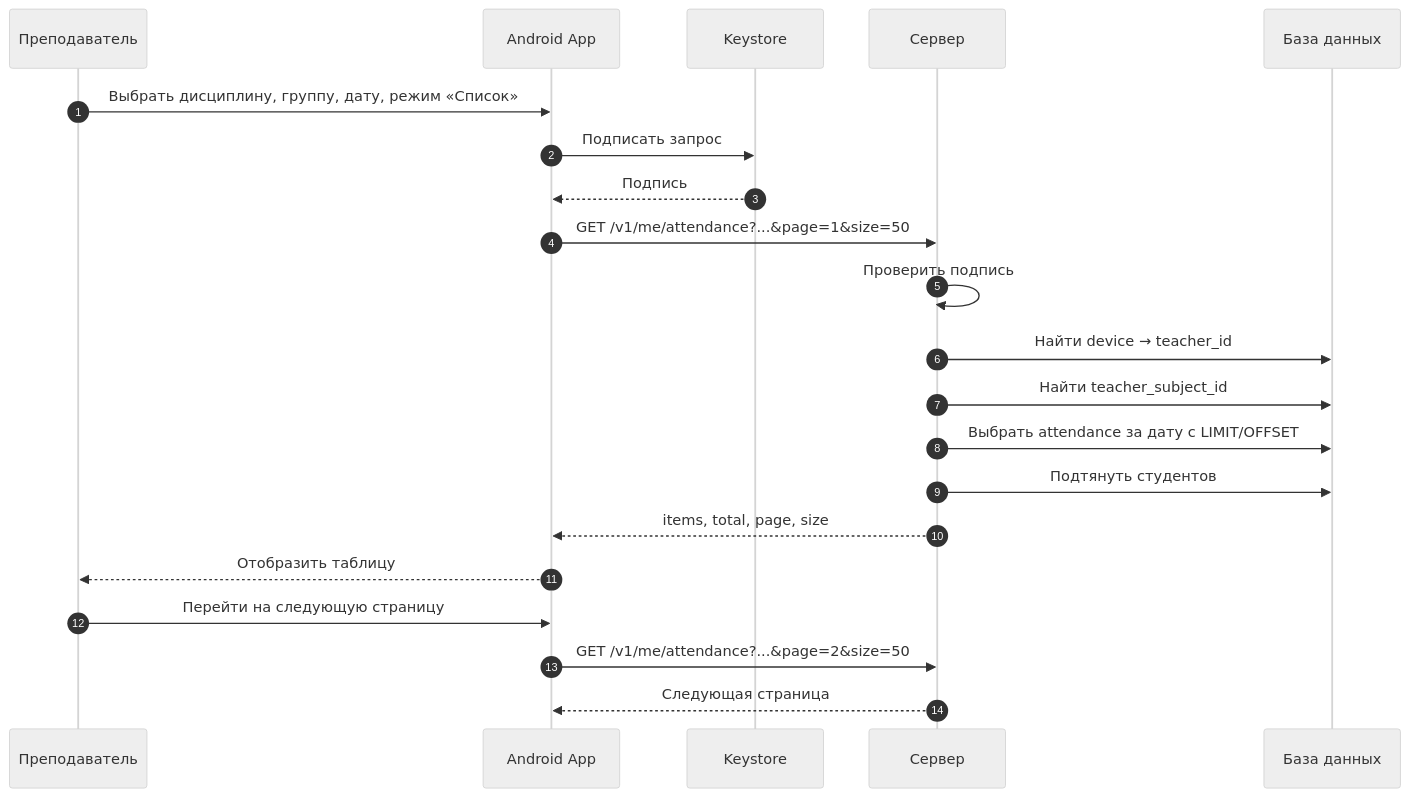
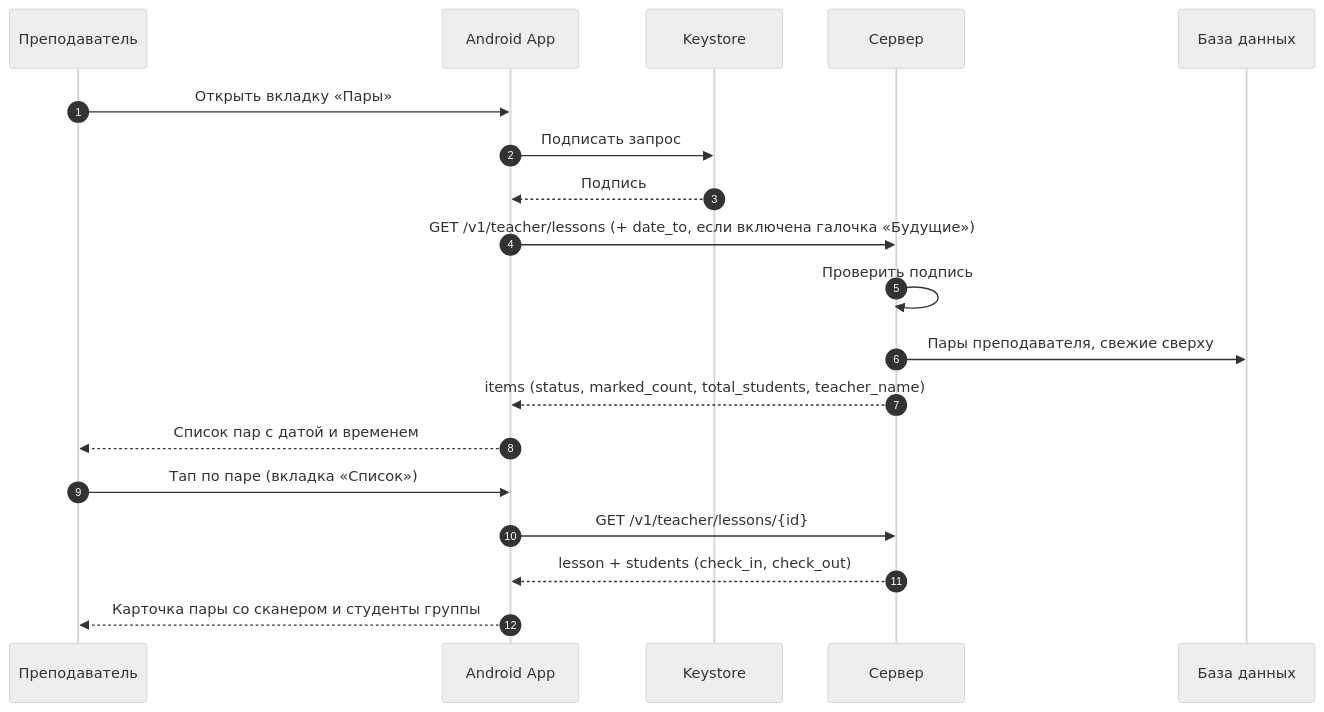
Before and after one commit to SP4CEVI/iasu-2.0: the tenth of 13 diagrams in docs/concept.md, drawn with Mermaid (neutral theme). The commit also changed other lines of this file, not shown here.

````diff
--- a/docs/concept.md
+++ b/docs/concept.md
@@ -1176,24 +1374,22 @@
 ```mermaid
 sequenceDiagram
     autonumber
     participant Teacher as Преподаватель
     participant App as Android App
     participant KS as Keystore
     participant API as Сервер
     participant DB as База данных
 
-    Teacher->>App: Выбрать дисциплину, группу, дату, режим «Список»
+    Teacher->>App: Открыть вкладку «Пары»
     App->>KS: Подписать запрос
     KS-->>App: Подпись
-    App->>API: GET /v1/me/attendance?...&page=1&size=50
+    App->>API: GET /v1/teacher/lessons (+ date_to, если включена галочка «Будущие»)
     API->>API: Проверить подпись
-    API->>DB: Найти device → teacher_id
-    API->>DB: Найти teacher_subject_id
-    API->>DB: Выбрать attendance за дату с LIMIT/OFFSET
-    API->>DB: Подтянуть студентов
-    API-->>App: items, total, page, size
-    App-->>Teacher: Отобразить таблицу
-    Teacher->>App: Перейти на следующую страницу
-    App->>API: GET /v1/me/attendance?...&page=2&size=50
-    API-->>App: Следующая страница
+    API->>DB: Пары преподавателя, свежие сверху
+    API-->>App: items (status, marked_count, total_students, teacher_name)
+    App-->>Teacher: Список пар с датой и временем
+    Teacher->>App: Тап по паре (вкладка «Список»)
+    App->>API: GET /v1/teacher/lessons/{id}
+    API-->>App: lesson + students (check_in, check_out)
+    App-->>Teacher: Карточка пары со сканером и студенты группы
 ```
````
